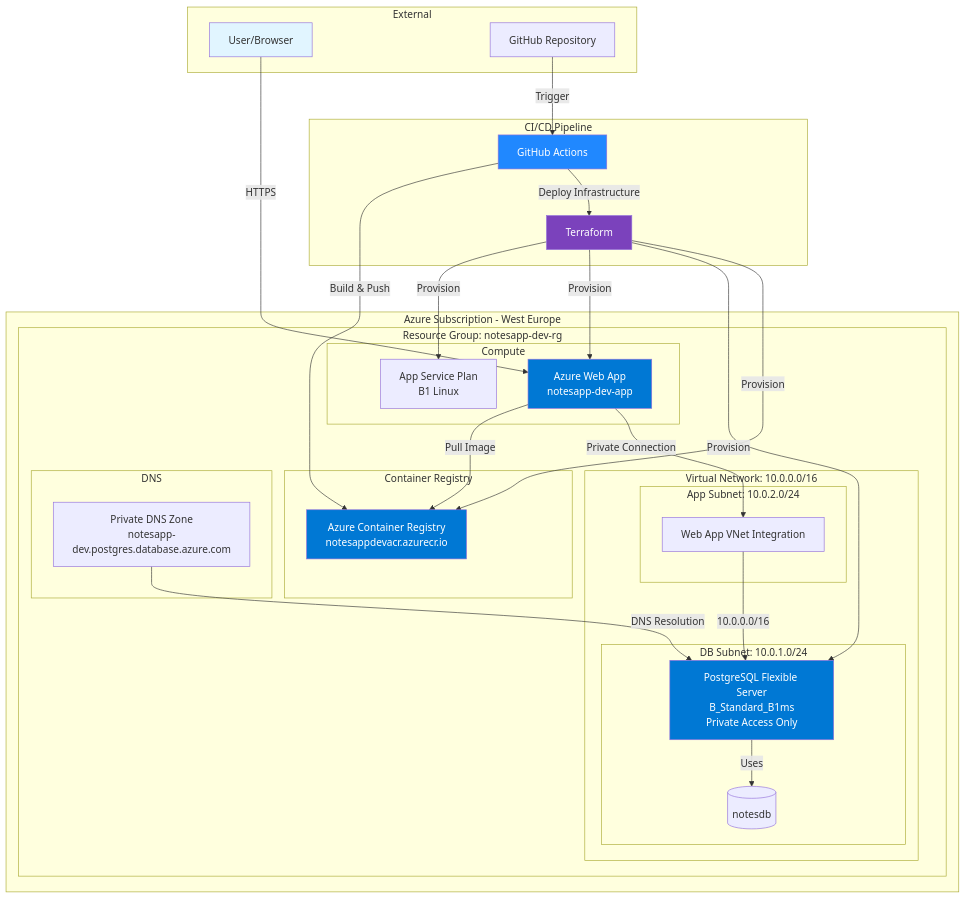
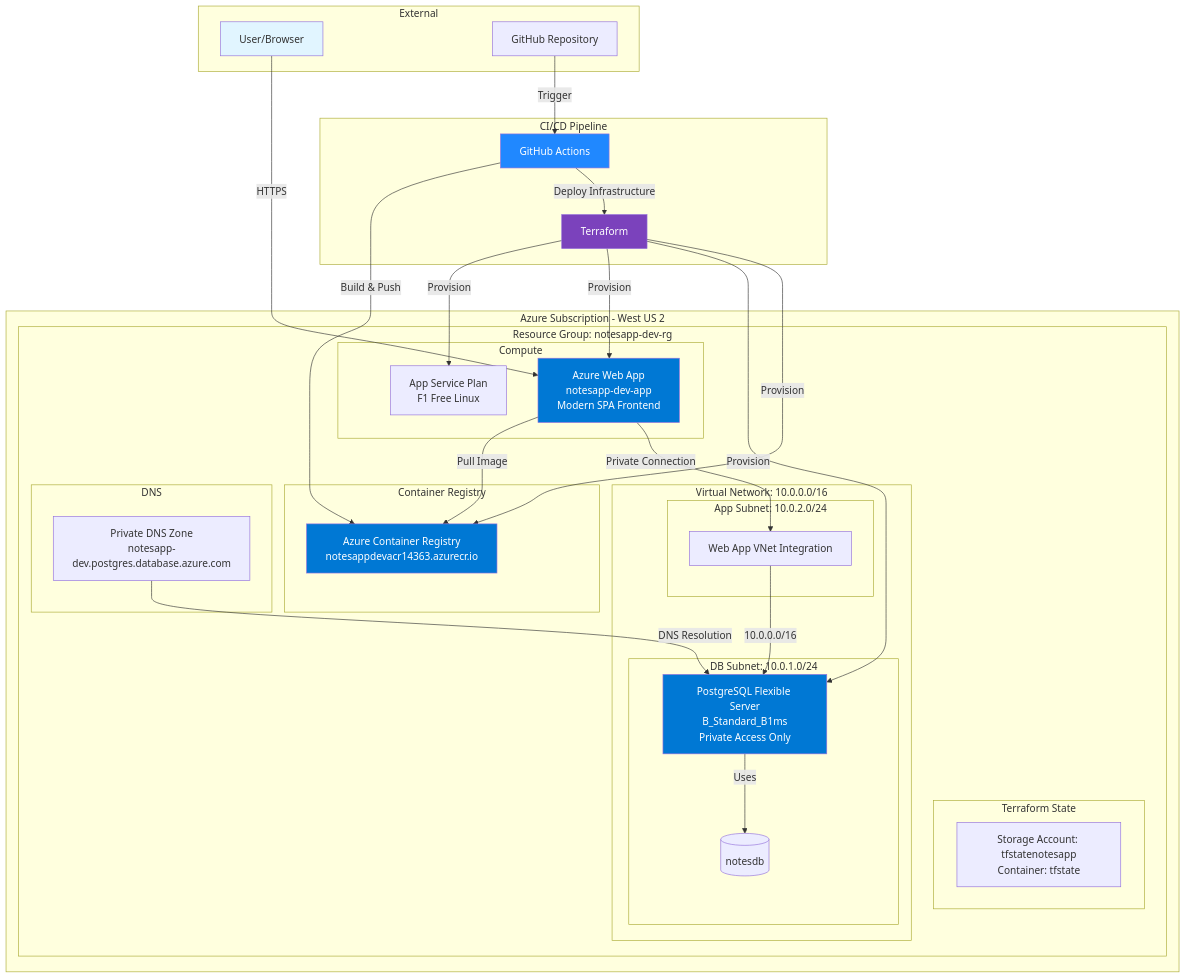
One commit to kozuchowskihubert/azure-psql-app changed the first of 11 diagrams in azure-psql-app/docs/ARCHITECTURE.md. Above: the diagram before and after it, drawn with Mermaid. The commit also changed other lines of this file and 7 other files, not shown here.

````diff
--- a/azure-psql-app/docs/ARCHITECTURE.md
+++ b/azure-psql-app/docs/ARCHITECTURE.md
@@ -25,62 +27,66 @@
 ```mermaid
 graph TB
     subgraph "External"
         User[User/Browser]
         GitHub[GitHub Repository]
     end
 
     subgraph "CI/CD Pipeline"
         GHA[GitHub Actions]
         Terraform[Terraform]
     end
 
-    subgraph "Azure Subscription - West Europe"
+    subgraph "Azure Subscription - West US 2"
         subgraph "Resource Group: notesapp-dev-rg"
             
+            subgraph "Terraform State"
+                Storage[Storage Account: tfstatenotesapp<br/>Container: tfstate]
+            end
+            
             subgraph "Container Registry"
-                ACR[Azure Container Registry<br/>notesappdevacr.azurecr.io]
+                ACR[Azure Container Registry<br/>notesappdevacr14363.azurecr.io]
             end
             
             subgraph "Compute"
-                ASP[App Service Plan<br/>B1 Linux]
-                WebApp[Azure Web App<br/>notesapp-dev-app]
+                ASP[App Service Plan<br/>F1 Free Linux]
+                WebApp[Azure Web App<br/>notesapp-dev-app<br/>Modern SPA Frontend]
             end
             
             subgraph "Virtual Network: 10.0.0.0/16"
                 subgraph "App Subnet: 10.0.2.0/24"
                     AppInt[Web App VNet Integration]
                 end
                 
                 subgraph "DB Subnet: 10.0.1.0/24"
                     PG[PostgreSQL Flexible Server<br/>B_Standard_B1ms<br/>Private Access Only]
                     PGDB[(notesdb)]
                 end
             end
             
             subgraph "DNS"
                 PrivateDNS[Private DNS Zone<br/>notesapp-dev.postgres.database.azure.com]
             end
         end
     end
 
     User -->|HTTPS| WebApp
     GitHub -->|Trigger| GHA
     GHA -->|Build & Push| ACR
     GHA -->|Deploy Infrastructure| Terraform
     Terraform -->|Provision| ASP
     Terraform -->|Provision| WebApp
     Terraform -->|Provision| PG
     Terraform -->|Provision| ACR
     WebApp -->|Pull Image| ACR
     WebApp -->|Private Connection| AppInt
     AppInt -->|10.0.0.0/16| PG
     PG -->|Uses| PGDB
     PrivateDNS -->|DNS Resolution| PG
     
     style User fill:#e1f5ff
     style WebApp fill:#0078d4,color:#fff
     style PG fill:#0078d4,color:#fff
     style ACR fill:#0078d4,color:#fff
     style GHA fill:#2088ff,color:#fff
     style Terraform fill:#7b42bc,color:#fff
 ```
````
